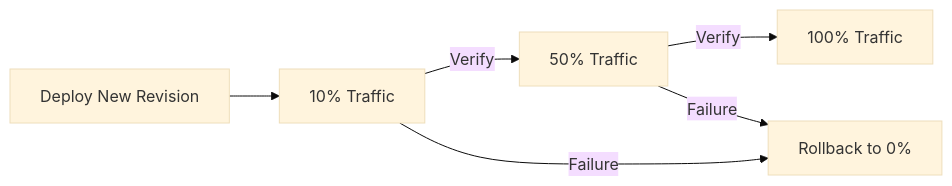
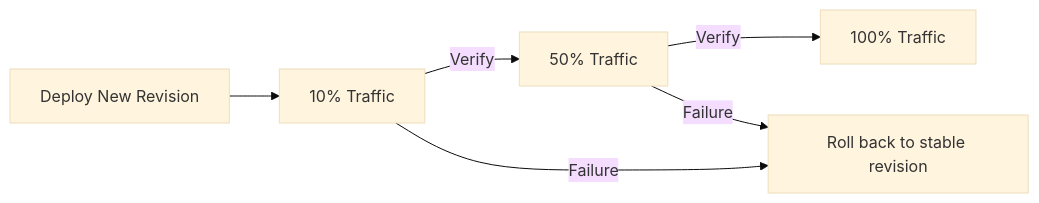
The diagram in posts/2026-02-17-how-to-implement-canary-deployments-for-cloud-run-services-using-cloud-deploy-delivery-pipelines/README.md (OneUptime/blog), drawn with Mermaid (base theme) before and after one commit. The commit also changed other lines of this file and 2 other files, not shown here.

````diff
--- a/posts/2026-02-17-how-to-implement-canary-deployments-for-cloud-run-services-using-cloud-deploy-delivery-pipelines/README.md
+++ b/posts/2026-02-17-how-to-implement-canary-deployments-for-cloud-run-services-using-cloud-deploy-delivery-pipelines/README.md
@@ -21,8 +21,8 @@
 ```mermaid
 flowchart LR
     A[Deploy New Revision] --> B[10% Traffic]
     B -->|Verify| C[50% Traffic]
     C -->|Verify| D[100% Traffic]
-    B -->|Failure| E[Rollback to 0%]
+    B -->|Failure| E[Roll back to stable revision]
     C -->|Failure| E
 ```
````
